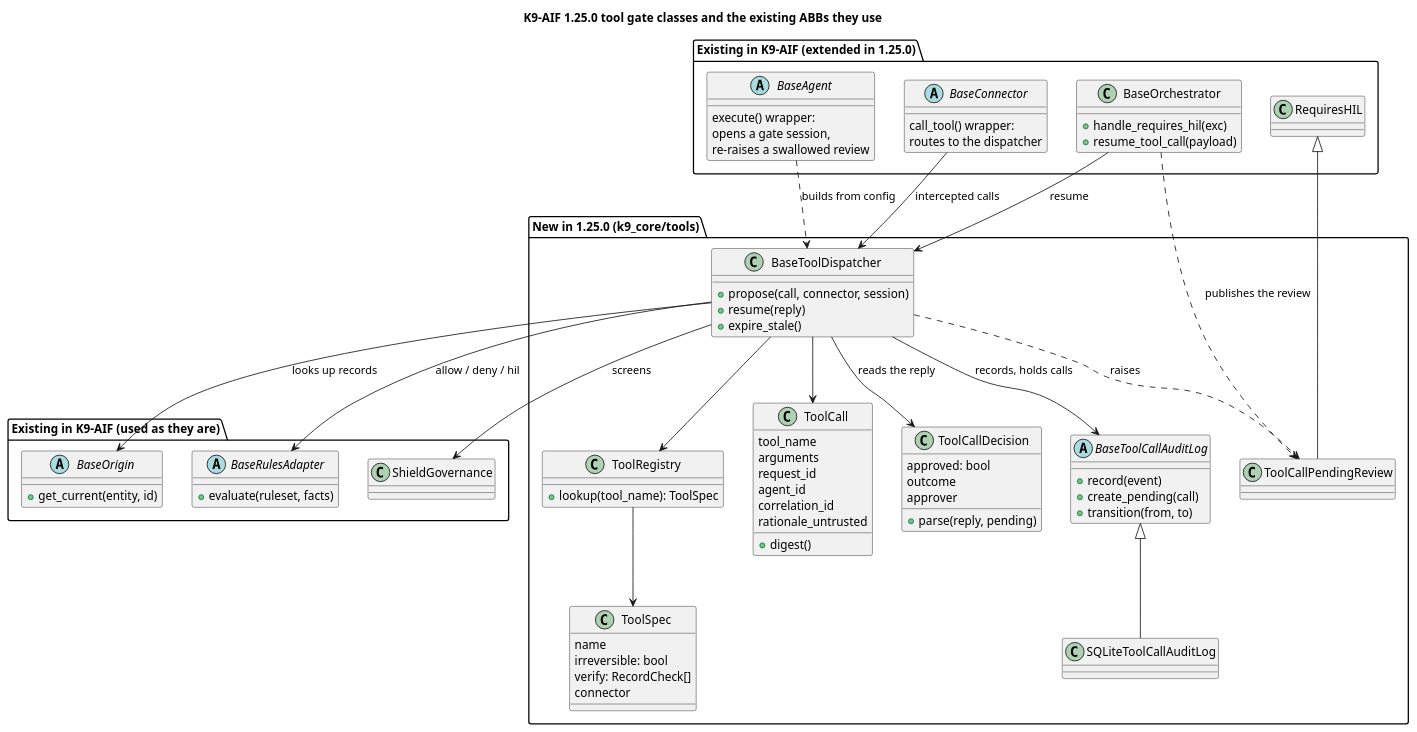
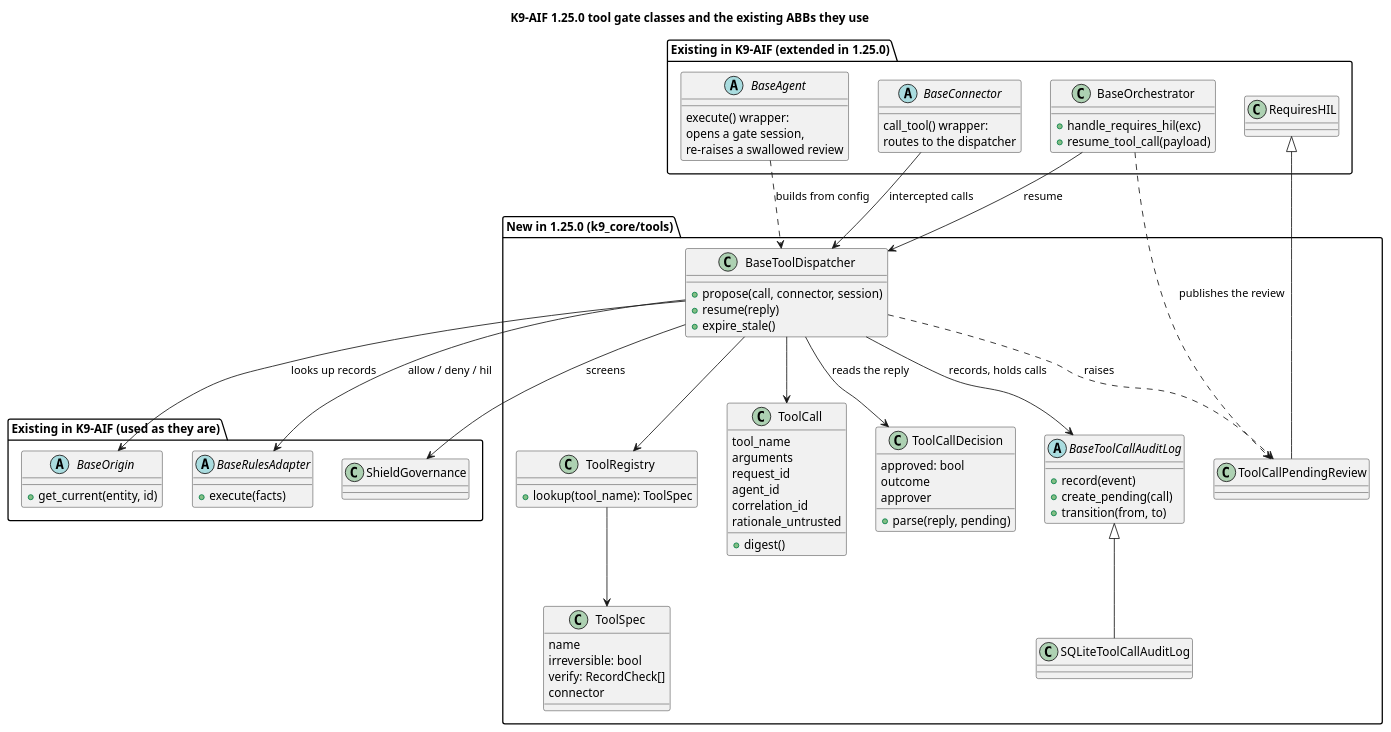
One commit to k9aif/k9-aif-blogs changed the diagram in assets/diagrams/hil-review-classes.puml. Above: the diagram before and after it, drawn with PlantUML. The commit also changed 4 other files, not shown here.

```diff
--- a/assets/diagrams/hil-review-classes.puml
+++ b/assets/diagrams/hil-review-classes.puml
@@ -1,83 +1,83 @@
 @startuml hil-review-classes
 set separator none
 title K9-AIF 1.25.0 tool gate classes and the existing ABBs they use
 
 package "New in 1.25.0 (k9_core/tools)" {
   class BaseToolDispatcher {
     +propose(call, connector, session)
     +resume(reply)
     +expire_stale()
   }
   class ToolRegistry {
     +lookup(tool_name): ToolSpec
   }
   class ToolSpec {
     name
     irreversible: bool
     verify: RecordCheck[]
     connector
   }
   class ToolCall {
     tool_name
     arguments
     request_id
     agent_id
     correlation_id
     rationale_untrusted
     +digest()
   }
   class ToolCallDecision {
     approved: bool
     outcome
     approver
     +parse(reply, pending)
   }
   abstract class BaseToolCallAuditLog {
     +record(event)
     +create_pending(call)
     +transition(from, to)
   }
   class SQLiteToolCallAuditLog
   class ToolCallPendingReview
 }
 
 package "Existing in K9-AIF (extended in 1.25.0)" {
   abstract class BaseAgent {
     execute() wrapper:\nopens a gate session,\nre-raises a swallowed review
   }
   abstract class BaseConnector {
     call_tool() wrapper:\nroutes to the dispatcher
   }
   class BaseOrchestrator {
     +handle_requires_hil(exc)
     +resume_tool_call(payload)
   }
   class RequiresHIL
 }
 
 package "Existing in K9-AIF (used as they are)" {
   class ShieldGovernance
   abstract class BaseOrigin {
     +get_current(entity, id)
   }
   abstract class BaseRulesAdapter {
-    +evaluate(ruleset, facts)
+    +execute(facts)
   }
 }
 
 BaseAgent ..> BaseToolDispatcher : builds from config
 BaseConnector --> BaseToolDispatcher : intercepted calls
 BaseToolDispatcher --> ToolCall
 BaseToolDispatcher --> ShieldGovernance : screens
 BaseToolDispatcher --> ToolRegistry
 ToolRegistry --> ToolSpec
 BaseToolDispatcher --> BaseOrigin : looks up records
 BaseToolDispatcher --> BaseRulesAdapter : allow / deny / hil
 BaseToolDispatcher --> BaseToolCallAuditLog : records, holds calls
 BaseToolCallAuditLog <|-- SQLiteToolCallAuditLog
 BaseToolDispatcher --> ToolCallDecision : reads the reply
 BaseToolDispatcher ..> ToolCallPendingReview : raises
 RequiresHIL <|-- ToolCallPendingReview
 BaseOrchestrator ..> ToolCallPendingReview : publishes the review
 BaseOrchestrator --> BaseToolDispatcher : resume
 @enduml
```
